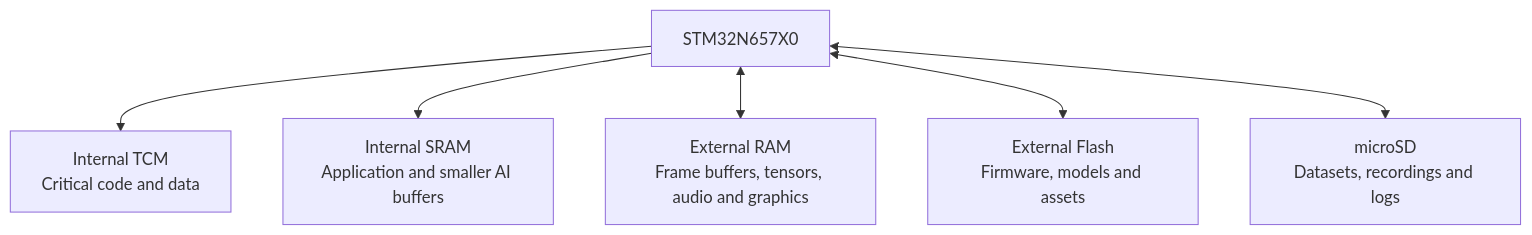
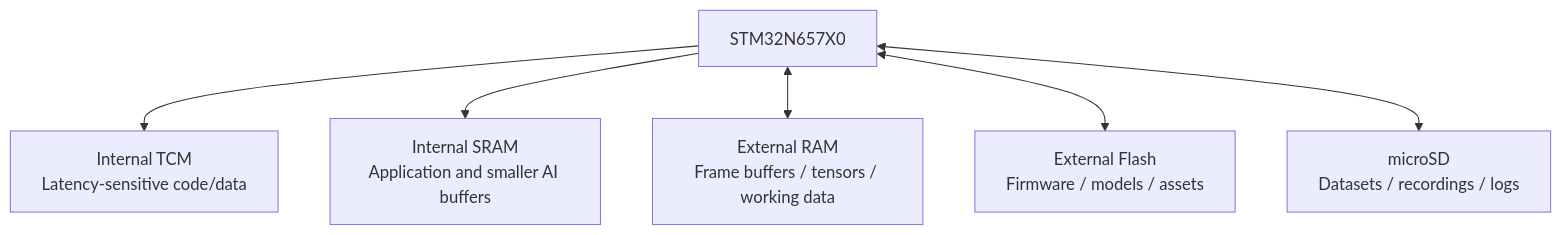
Before and after one commit to danielftsilva/cAiGED: diagram 13 of 18 in README.md, drawn with Mermaid. The commit also changed other lines of this file, not shown here.

````diff
--- a/README.md
+++ b/README.md
@@ -366,16 +834,18 @@
 ```mermaid
 flowchart TB
     MCU["STM32N657X0"]
 
-    TCM["Internal TCM<br/>Critical code and data"]
+    TCM["Internal TCM<br/>Latency-sensitive code/data"]
     SRAM["Internal SRAM<br/>Application and smaller AI buffers"]
-    RAM["External RAM<br/>Frame buffers, tensors, audio and graphics"]
-    FLASH["External Flash<br/>Firmware, models and assets"]
-    SD["microSD<br/>Datasets, recordings and logs"]
+
+    RAM["External RAM<br/>Frame buffers / tensors / working data"]
+    FLASH["External Flash<br/>Firmware / models / assets"]
+
+    SD["microSD<br/>Datasets / recordings / logs"]
 
     MCU --> TCM
     MCU --> SRAM
     MCU <--> RAM
     MCU <--> FLASH
     MCU <--> SD
 ```
````
